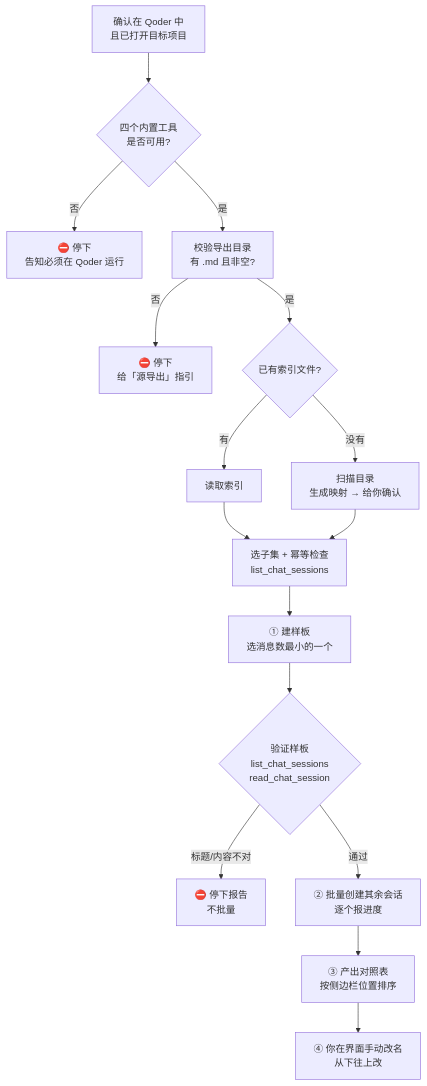
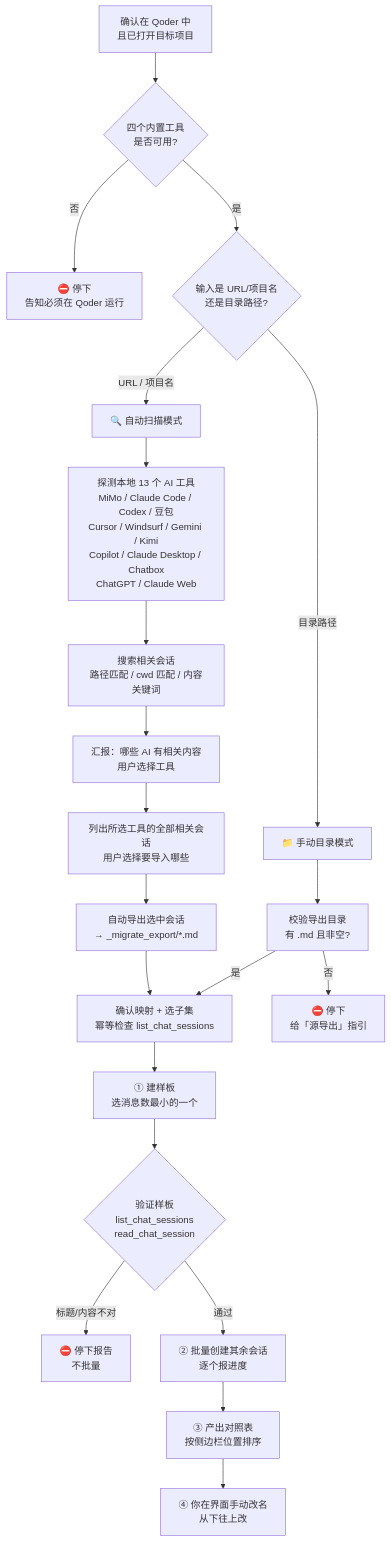
Before and after one commit to YTZ-create/migrate-conversations-to-qoder: the diagram in README.md, drawn with Mermaid. The commit also changed other lines of this file and 1 other file, not shown here.

````diff
--- a/README.md
+++ b/README.md
@@ -50,18 +108,26 @@
 ```mermaid
 flowchart TD
     A["确认在 Qoder 中<br/>且已打开目标项目"] --> B{"四个内置工具<br/>是否可用?"}
     B -- 否 --> X["⛔ 停下<br/>告知必须在 Qoder 运行"]
-    B -- 是 --> C["校验导出目录<br/>有 .md 且非空?"]
-    C -- 否 --> Y["⛔ 停下<br/>给「源导出」指引"]
-    C -- 是 --> D{"已有索引文件?"}
-    D -- 有 --> E["读取索引"]
-    D -- 没有 --> F["扫描目录<br/>生成映射 → 给你确认"]
-    E --> G["选子集 + 幂等检查<br/>list_chat_sessions"]
-    F --> G
-    G --> H["① 建样板<br/>选消息数最小的一个"]
-    H --> I{"验证样板<br/>list_chat_sessions<br/>read_chat_session"}
-    I -- 标题/内容不对 --> J["⛔ 停下报告<br/>不批量"]
-    I -- 通过 --> K["② 批量创建其余会话<br/>逐个报进度"]
-    K --> L["③ 产出对照表<br/>按侧边栏位置排序"]
-    L --> M["④ 你在界面手动改名<br/>从下往上改"]
+    B -- 是 --> C{"输入是 URL/项目名<br/>还是目录路径?"}
+
+    C -- "URL / 项目名" --> D["🔍 自动扫描模式"]
+    C -- "目录路径" --> E["📁 手动目录模式"]
+
+    D --> D1["探测本地 13 个 AI 工具<br/>MiMo / Claude Code / Codex / 豆包<br/>Cursor / Windsurf / Gemini / Kimi<br/>Copilot / Claude Desktop / Chatbox<br/>ChatGPT / Claude Web"]
+    D1 --> D2["搜索相关会话<br/>路径匹配 / cwd 匹配 / 内容关键词"]
+    D2 --> D3["汇报：哪些 AI 有相关内容<br/>用户选择工具"]
+    D3 --> D4["列出所选工具的全部相关会话<br/>用户选择要导入哪些"]
+    D4 --> D5["自动导出选中会话<br/>→ _migrate_export/*.md"]
+    D5 --> E2
+
+    E --> E1["校验导出目录<br/>有 .md 且非空?"]
+    E1 -- 否 --> Y["⛔ 停下<br/>给「源导出」指引"]
+    E1 -- 是 --> E2["确认映射 + 选子集<br/>幂等检查 list_chat_sessions"]
+    E2 --> F["① 建样板<br/>选消息数最小的一个"]
+    F --> G{"验证样板<br/>list_chat_sessions<br/>read_chat_session"}
+    G -- 标题/内容不对 --> H["⛔ 停下报告<br/>不批量"]
+    G -- 通过 --> I["② 批量创建其余会话<br/>逐个报进度"]
+    I --> J["③ 产出对照表<br/>按侧边栏位置排序"]
+    J --> K["④ 你在界面手动改名<br/>从下往上改"]
 ```
````
